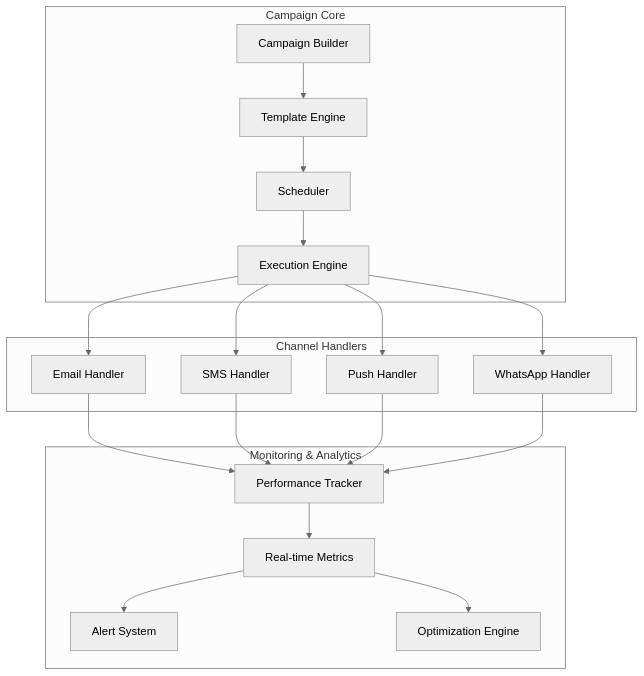
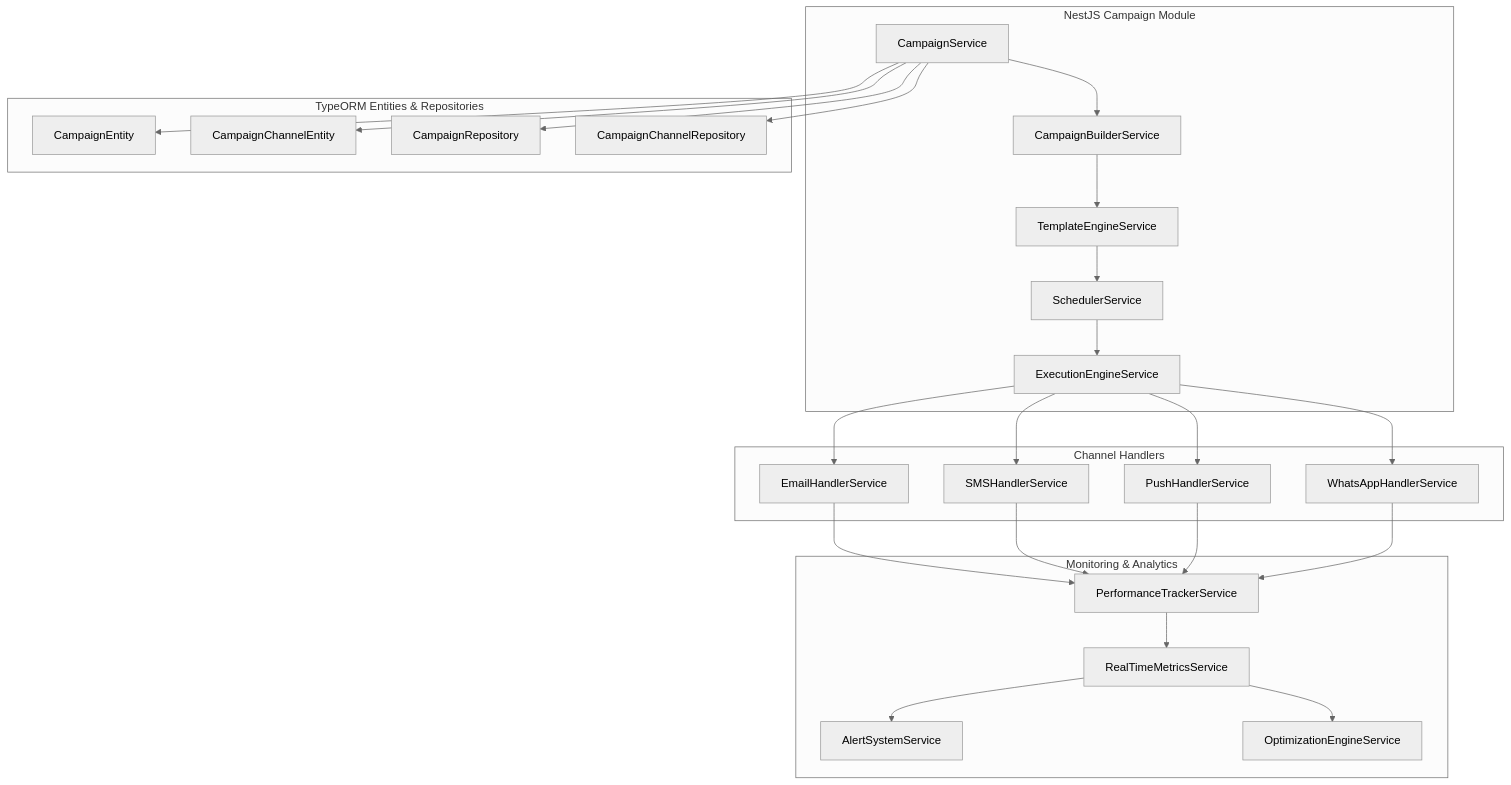
The sixth of 9 diagrams in docs/system-design.md (sakibrahmanchy/markopolo-ai-fullstack-challenge), drawn with Mermaid (neutral theme) before and after one commit. The commit also changed other lines of this file and 3 other files, not shown here.

````diff
--- a/docs/system-design.md
+++ b/docs/system-design.md
@@ -279,38 +308,51 @@
 ```mermaid
 graph TB
-    subgraph "Campaign Core"
-        A[Campaign Builder]
-        B[Template Engine]
-        C[Scheduler]
-        D[Execution Engine]
+    subgraph "NestJS Campaign Module"
+        A[CampaignService]
+        B[CampaignBuilderService]
+        C[TemplateEngineService]
+        D[SchedulerService]
+        E[ExecutionEngineService]
     end
     
     subgraph "Channel Handlers"
-        E[Email Handler]
-        F[SMS Handler]
-        G[Push Handler]
-        H[WhatsApp Handler]
+        F[EmailHandlerService]
+        G[SMSHandlerService]
+        H[PushHandlerService]
+        I[WhatsAppHandlerService]
     end
     
     subgraph "Monitoring & Analytics"
-        I[Performance Tracker]
-        J[Real-time Metrics]
-        K[Alert System]
-        L[Optimization Engine]
+        J[PerformanceTrackerService]
+        K[RealTimeMetricsService]
+        L[AlertSystemService]
+        M[OptimizationEngineService]
+    end
+    
+    subgraph "TypeORM Entities & Repositories"
+        N[CampaignEntity]
+        O[CampaignChannelEntity]
+        P[CampaignRepository]
+        Q[CampaignChannelRepository]
     end
     
     A --> B
     B --> C
     C --> D
     D --> E
-    D --> F
-    D --> G
-    D --> H
+    E --> F
+    E --> G
+    E --> H
     E --> I
-    F --> I
-    G --> I
-    H --> I
+    F --> J
+    G --> J
+    H --> J
     I --> J
     J --> K
-    J --> L
+    K --> L
+    K --> M
+    A --> N
+    A --> O
+    A --> P
+    A --> Q
 ```
````
